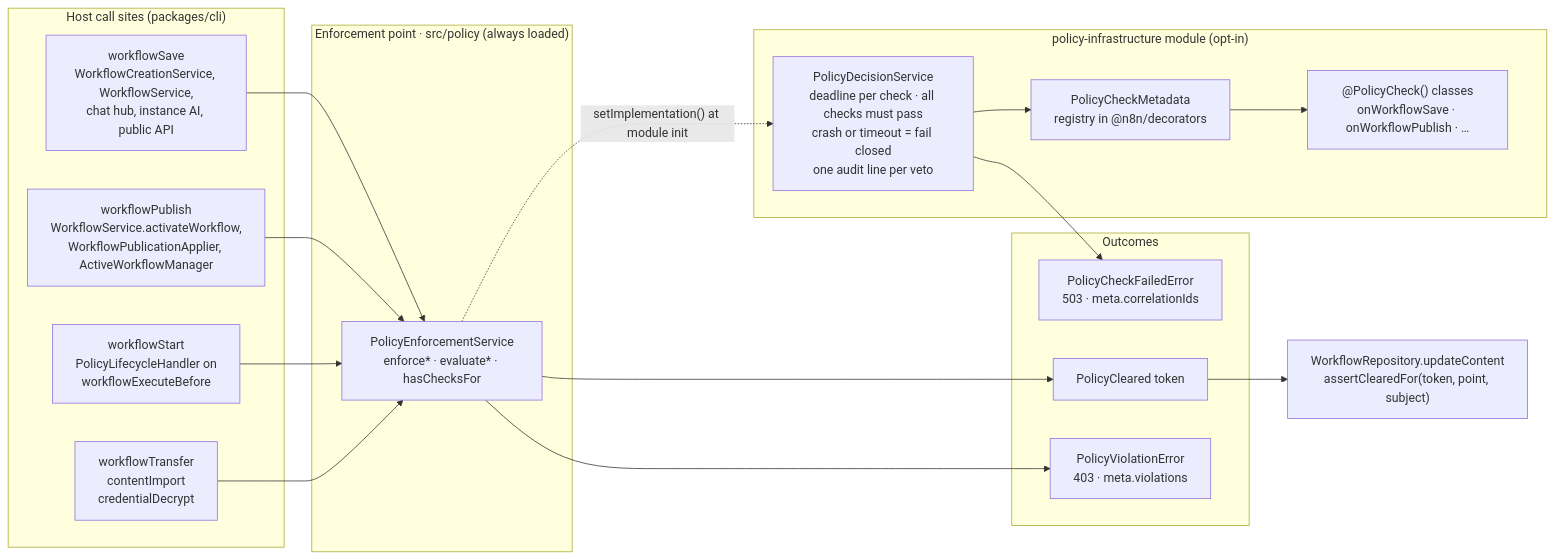
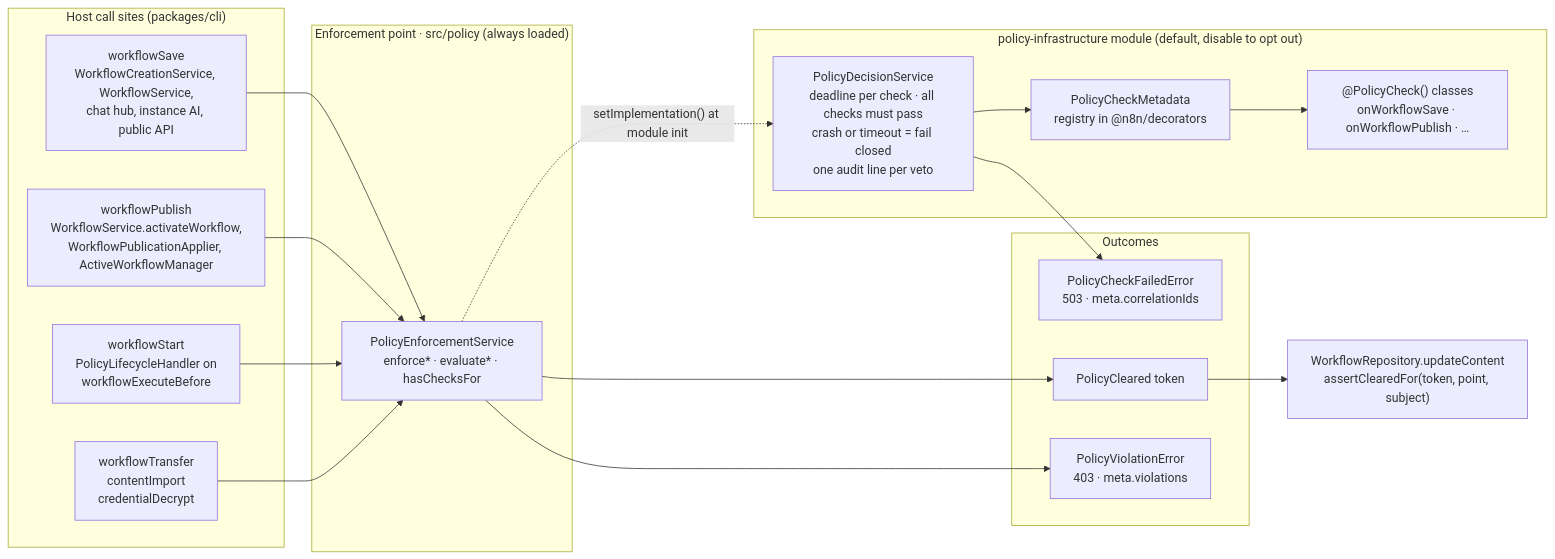
The first of 2 diagrams in universal-plugin/backend/oss/n8n/packages/cli/src/modules/policy-infrastructure/README.md (Tanishq-1/all-global-plugin), drawn with Mermaid before and after one commit. The commit also changed other lines of this file and 3199 other files, not shown here.

````diff
--- a/universal-plugin/backend/oss/n8n/packages/cli/src/modules/policy-infrastructure/README.md
+++ b/universal-plugin/backend/oss/n8n/packages/cli/src/modules/policy-infrastructure/README.md
@@ -21,34 +22,34 @@
 ```mermaid
 flowchart LR
     subgraph hosts["Host call sites (packages/cli)"]
         save["workflowSave<br/>WorkflowCreationService, WorkflowService,<br/>chat hub, instance AI, public API"]
         publish["workflowPublish<br/>WorkflowService.activateWorkflow,<br/>WorkflowPublicationApplier, ActiveWorkflowManager"]
         start["workflowStart<br/>PolicyLifecycleHandler on<br/>workflowExecuteBefore"]
         other["workflowTransfer<br/>contentImport<br/>credentialDecrypt"]
     end
 
     subgraph pep["Enforcement point · src/policy (always loaded)"]
         pes["PolicyEnforcementService<br/>enforce* · evaluate* · hasChecksFor"]
     end
 
-    subgraph module["policy-infrastructure module (opt-in)"]
+    subgraph module["policy-infrastructure module (default, disable to opt out)"]
         pds["PolicyDecisionService<br/>deadline per check · all checks must pass<br/>crash or timeout = fail closed<br/>one audit line per veto"]
         registry["PolicyCheckMetadata<br/>registry in @n8n/decorators"]
         checks["@PolicyCheck() classes<br/>onWorkflowSave · onWorkflowPublish · …"]
     end
 
     subgraph outcomes["Outcomes"]
         cleared["PolicyCleared token"]
         violation["PolicyViolationError<br/>403 · meta.violations"]
         failed["PolicyCheckFailedError<br/>503 · meta.correlationIds"]
     end
 
     repo["WorkflowRepository.updateContent<br/>assertClearedFor(token, point, subject)"]
 
     save & publish & start & other --> pes
     pes -. "setImplementation() at module init" .-> pds
     pds --> registry --> checks
     pes --> cleared --> repo
     pes --> violation
     pds --> failed
 ```
````
